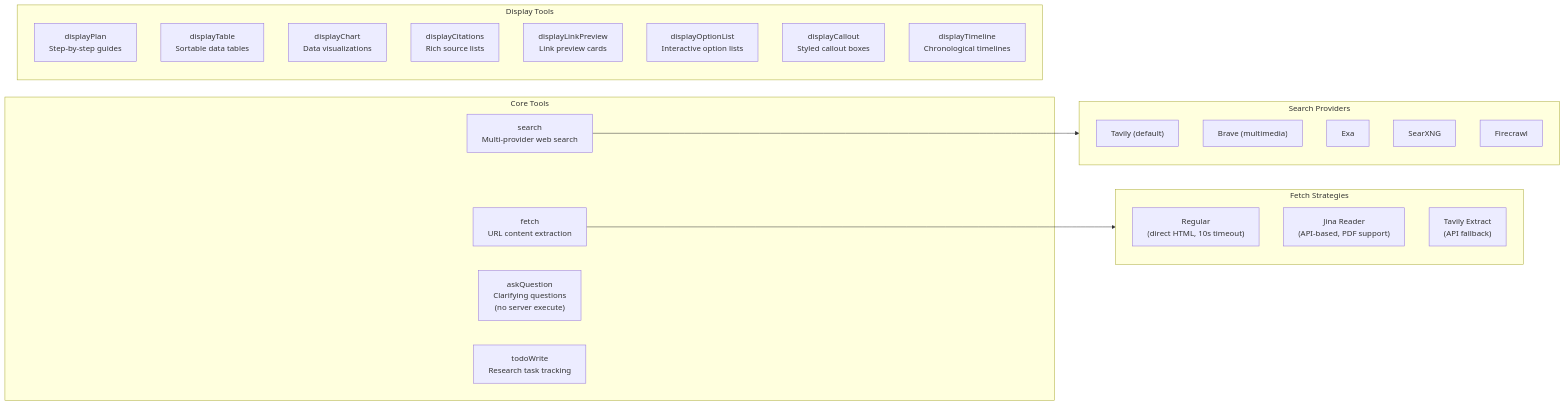
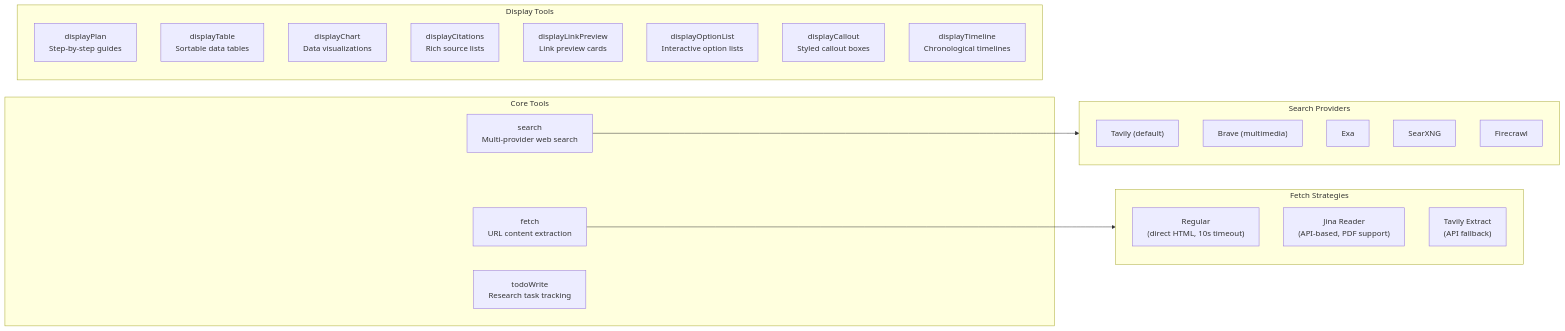
One commit to NickB03/polymorph changed the third of 10 diagrams in docs/architecture/OVERVIEW.md. Above: the diagram before and after it, drawn with Mermaid. The commit also changed other lines of this file and 29 other files, not shown here.

````diff
--- a/docs/architecture/OVERVIEW.md
+++ b/docs/architecture/OVERVIEW.md
@@ -144,37 +141,36 @@
 ```mermaid
 graph LR
     subgraph Core["Core Tools"]
         search["search<br/>Multi-provider web search"]
         fetch["fetch<br/>URL content extraction"]
-        question["askQuestion<br/>Clarifying questions<br/>(no server execute)"]
         todo["todoWrite<br/>Research task tracking"]
     end
 
     subgraph Display["Display Tools"]
         plan["displayPlan<br/>Step-by-step guides"]
         table["displayTable<br/>Sortable data tables"]
         chart["displayChart<br/>Data visualizations"]
         citations["displayCitations<br/>Rich source lists"]
         linkPreview["displayLinkPreview<br/>Link preview cards"]
         optionList["displayOptionList<br/>Interactive option lists"]
         callout["displayCallout<br/>Styled callout boxes"]
         timeline["displayTimeline<br/>Chronological timelines"]
     end
 
     subgraph SearchProviders["Search Providers"]
         tavily["Tavily (default)"]
         brave["Brave (multimedia)"]
         exa["Exa"]
         searxng["SearXNG"]
         firecrawl["Firecrawl"]
     end
 
     subgraph FetchStrategies["Fetch Strategies"]
         regular["Regular<br/>(direct HTML, 10s timeout)"]
         jina["Jina Reader<br/>(API-based, PDF support)"]
         tavilyExtract["Tavily Extract<br/>(API fallback)"]
     end
 
     search --> SearchProviders
     fetch --> FetchStrategies
 ```
````
